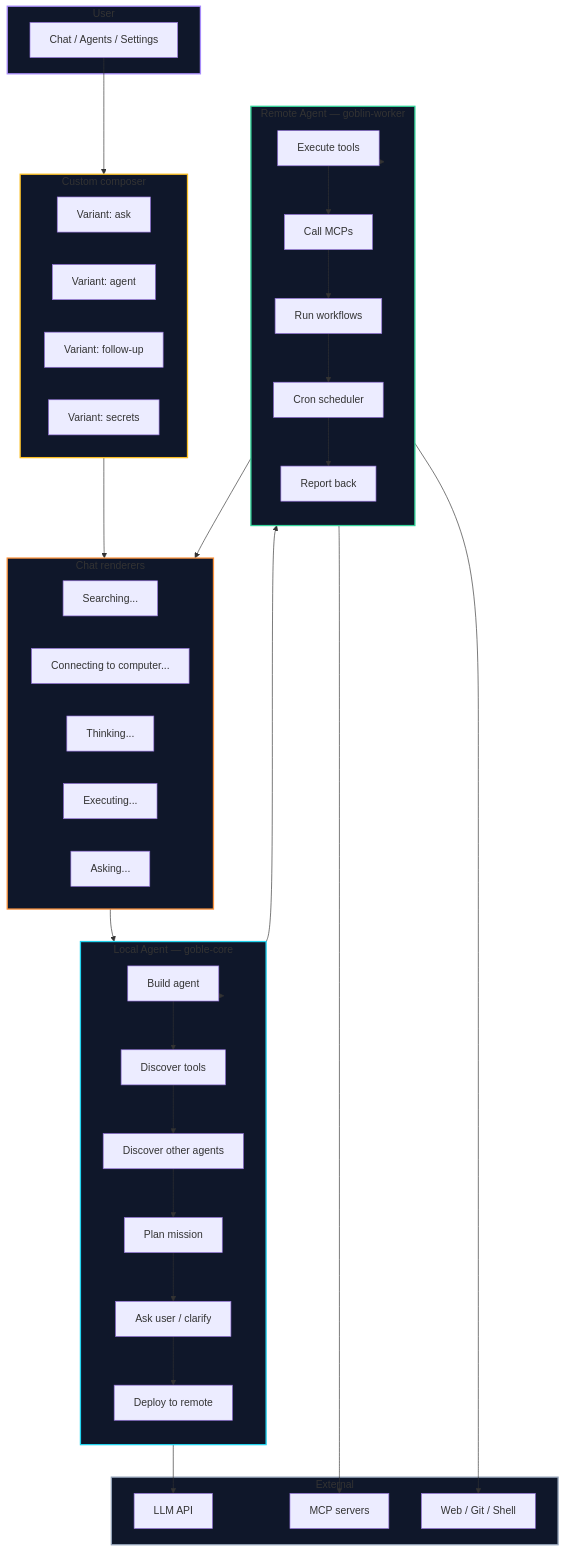
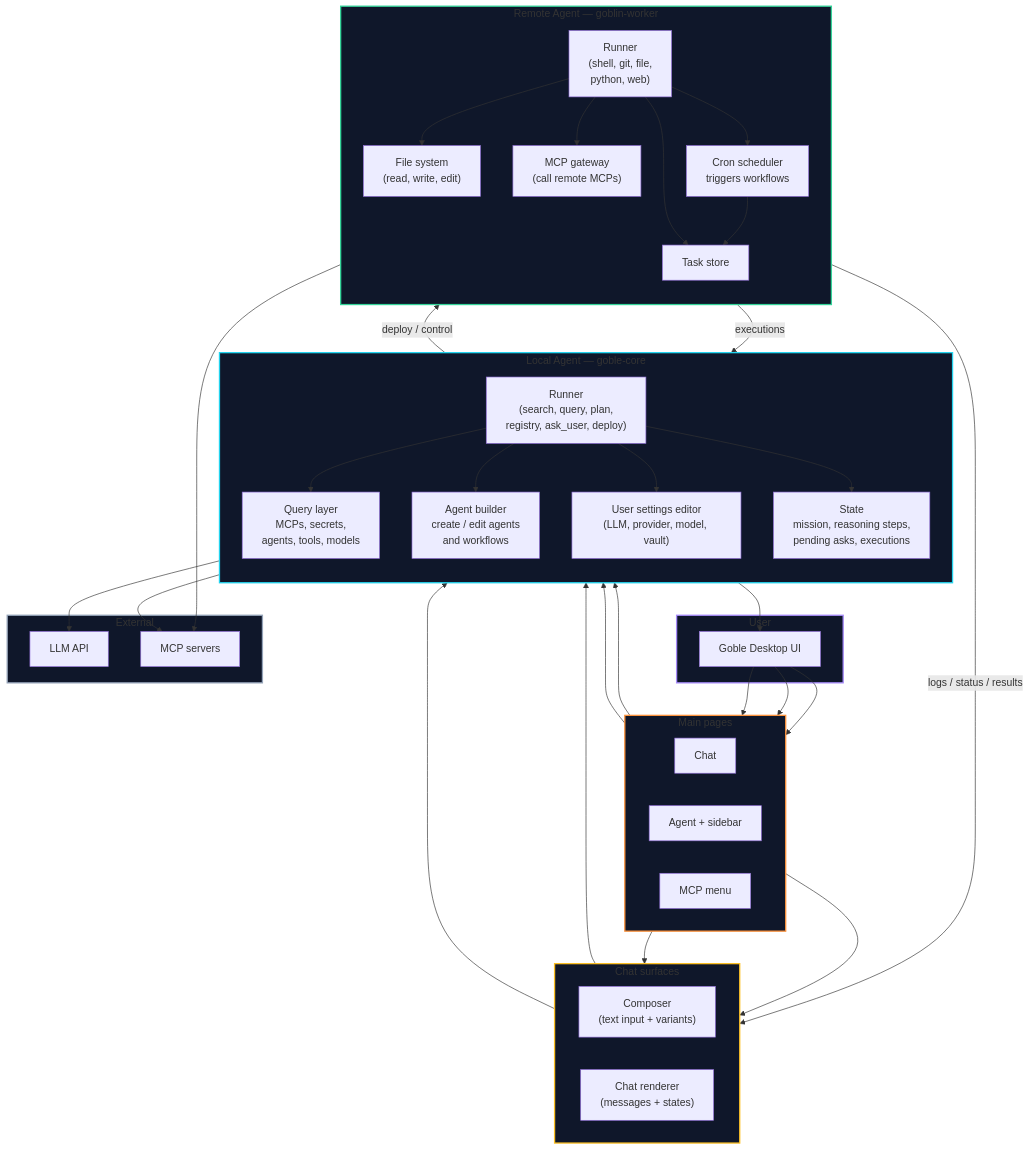
The first of 8 diagrams in docs/local-remote-agent-graph.md (AdrianTuci1/goble), drawn with Mermaid before and after one commit. The commit also changed other lines of this file, not shown here.

Commit message:
docs: clearer local-remote agent graph with runners, chat renderers, multi-turn state

````diff
--- a/docs/local-remote-agent-graph.md
+++ b/docs/local-remote-agent-graph.md
@@ -3,78 +5,81 @@
 ```mermaid
 flowchart TB
     subgraph USER["User"]
-        U["Chat / Agents / Settings"]
+        UI["Goble Desktop UI"]
     end
 
-    subgraph COMPOSER["Custom composer"]
+    subgraph CHAT["Chat surfaces"]
         direction LR
-        C1["Variant: ask"]
-        C2["Variant: agent"]
-        C3["Variant: follow-up"]
-        C4["Variant: secrets"]
+        COMPOSER["Composer\n(text input + variants)"]
+        RENDERER["Chat renderer\n(messages + states)"]
     end
 
-    subgraph RENDERERS["Chat renderers"]
+    subgraph PAGES["Main pages"]
         direction LR
-        R1["Searching..."]
-        R2["Connecting to computer..."]
-        R3["Thinking..."]
-        R4["Executing..."]
-        R5["Asking..."]
+        P_CHAT["Chat"]
+        P_AGENT["Agent + sidebar"]
+        P_MCP["MCP menu"]
     end
 
     subgraph LOCAL["Local Agent — goble-core"]
         direction TB
-        L1["Build agent"]
-        L2["Discover tools"]
-        L3["Discover other agents"]
-        L4["Plan mission"]
-        L5["Ask user / clarify"]
-        L6["Deploy to remote"]
+        L_RUNNER["Runner\n(search, query, plan,\nregistry, ask_user, deploy)"]
+        L_QUERY["Query layer\nMCPs, secrets,\nagents, tools, models"]
+        L_SETTINGS["User settings editor\n(LLM, provider, model, vault)"]
+        L_BUILDER["Agent builder\ncreate / edit agents\nand workflows"]
+        L_STATE["State\nmission, reasoning steps,\npending asks, executions"]
     end
 
     subgraph REMOTE["Remote Agent — goblin-worker"]
         direction TB
-        RR1["Execute tools"]
-        RR2["Call MCPs"]
-        RR3["Run workflows"]
-        RR4["Cron scheduler"]
-        RR5["Report back"]
+        R_RUNNER["Runner\n(shell, git, file,\npython, web)"]
+        R_FS["File system\n(read, write, edit)"]
+        R_MCP["MCP gateway\n(call remote MCPs)"]
+        R_CRON["Cron scheduler\ntriggers workflows"]
+        R_TASKS["Task store"]
     end
 
     subgraph EXTERNAL["External"]
-        E1["LLM API"]
-        E2["MCP servers"]
-        E3["Web / Git / Shell"]
+        LLM["LLM API"]
+        MCP_S["MCP servers"]
     end
 
-    U --> COMPOSER
-    COMPOSER --> RENDERERS
-    RENDERERS --> LOCAL
+    UI --> P_CHAT
+    UI --> P_AGENT
+    UI --> P_MCP
 
-    LOCAL --> L1
-    L1 --> L2
-    L2 --> L3
-    L3 --> L4
-    L4 --> L5
-    L5 --> L6
+    P_CHAT --> COMPOSER
+    P_CHAT --> RENDERER
+    P_AGENT --> L_BUILDER
+    P_MCP --> L_QUERY
+    L_SETTINGS --> UI
 
-    L6 --> REMOTE
-    REMOTE --> RR1
-    RR1 --> RR2
-    RR2 --> RR3
-    RR3 --> RR4
-    RR4 --> RR5
+    COMPOSER --> L_RUNNER
+    RENDERER --> L_RUNNER
 
-    RR1 --> E3
-    RR2 --> E2
-    LOCAL --> E1
-    RR5 --> RENDERERS
+    L_RUNNER --> L_QUERY
+    L_RUNNER --> L_BUILDER
+    L_RUNNER --> L_SETTINGS
+    L_RUNNER --> L_STATE
+    L_RUNNER --> LLM
+
+    L_QUERY --> MCP_S
+
+    L_RUNNER --"deploy / control"--> REMOTE
+    R_RUNNER --> R_FS
+    R_RUNNER --> R_MCP
+    R_RUNNER --> R_CRON
+    R_RUNNER --> R_TASKS
+    R_MCP --> MCP_S
+    R_CRON --> R_TASKS
+
+    REMOTE --"logs / status / results"--> RENDERER
+    REMOTE --"executions"--> L_STATE
 
     style LOCAL fill:#0f172a,stroke:#22d3ee,stroke-width:2px
     style REMOTE fill:#0f172a,stroke:#34d399,stroke-width:2px
     style USER fill:#0f172a,stroke:#a78bfa,stroke-width:2px
-    style COMPOSER fill:#0f172a,stroke:#fbbf24,stroke-width:2px
-    style RENDERERS fill:#0f172a,stroke:#fb923c,stroke-width:2px
+    style CHAT fill:#0f172a,stroke:#fbbf24,stroke-width:2px
+    style PAGES fill:#0f172a,stroke:#fb923c,stroke-width:2px
     style EXTERNAL fill:#0f172a,stroke:#94a3b8,stroke-width:2px
 ```
````
